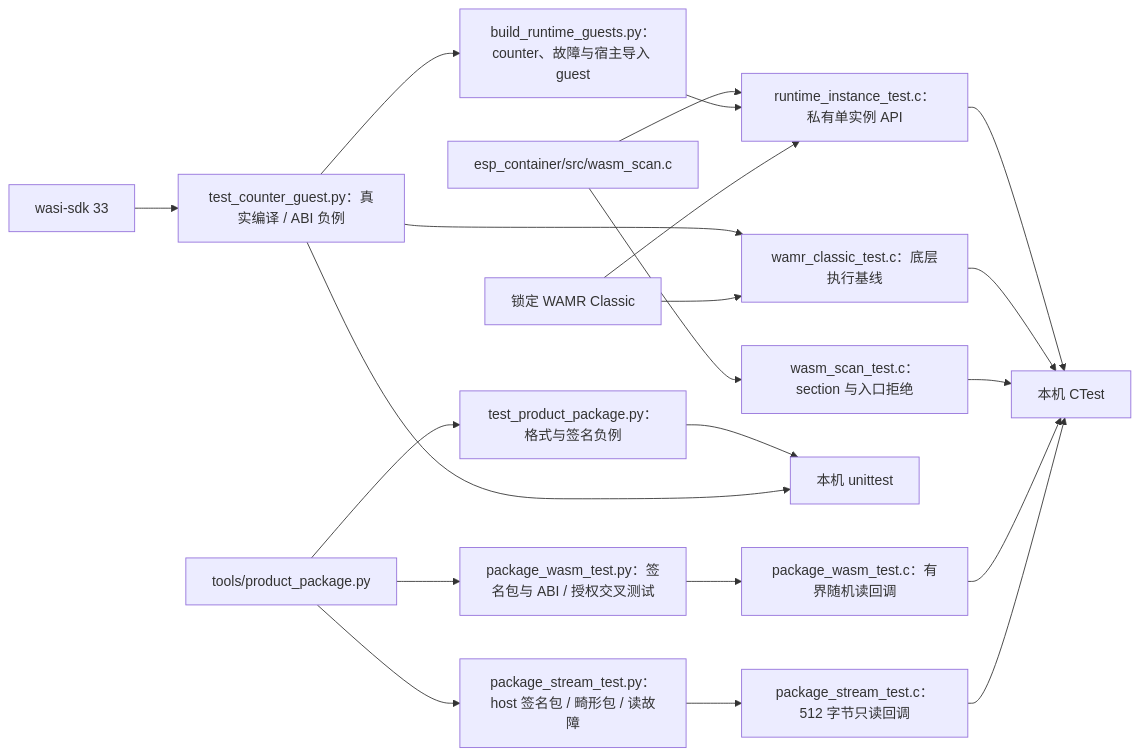
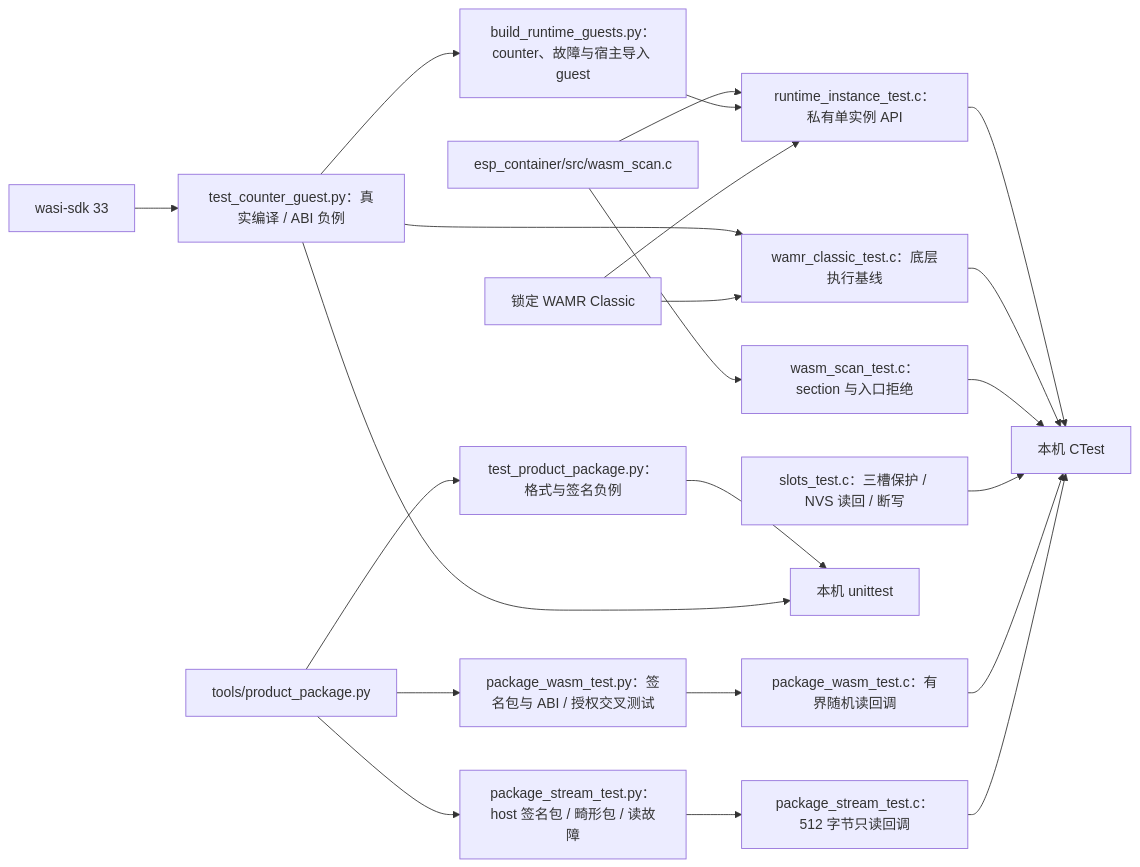
Before and after one commit to darren-you/esp-container: the diagram in tests/README.md, drawn with Mermaid. The commit also changed other lines of this file and 7 other files, not shown here.

````diff
--- a/tests/README.md
+++ b/tests/README.md
@@ -5,23 +5,24 @@
 ```mermaid
 flowchart LR
     package["tools/product_package.py"] --> py["test_product_package.py：格式与签名负例"]
     package --> stream["package_stream_test.py：host 签名包 / 畸形包 / 读故障"]
     stream --> reader["package_stream_test.c：512 字节只读回调"]
     package --> static["package_wasm_test.py：签名包与 ABI / 授权交叉测试"]
     static --> static_reader["package_wasm_test.c：有界随机读回调"]
     reader --> ctest
     static_reader --> ctest
+    slots["slots_test.c：三槽保护 / NVS 读回 / 断写"] --> ctest
     scanner["esp_container/src/wasm_scan.c"] --> c["wasm_scan_test.c：section 与入口拒绝"]
     wasi["wasi-sdk 33"] --> guest["test_counter_guest.py：真实编译 / ABI 负例"]
     guest --> host
     wamr["锁定 WAMR Classic"] --> baseline["wamr_classic_test.c：底层执行基线"]
     guest --> baseline
     guest --> fixtures["build_runtime_guests.py：counter、故障与宿主导入 guest"]
     wamr --> instance["runtime_instance_test.c：私有单实例 API"]
     fixtures --> instance
     scanner --> instance
     py --> host["本机 unittest"]
     c --> ctest["本机 CTest"]
     baseline --> ctest
     instance --> ctest
 ```
````
